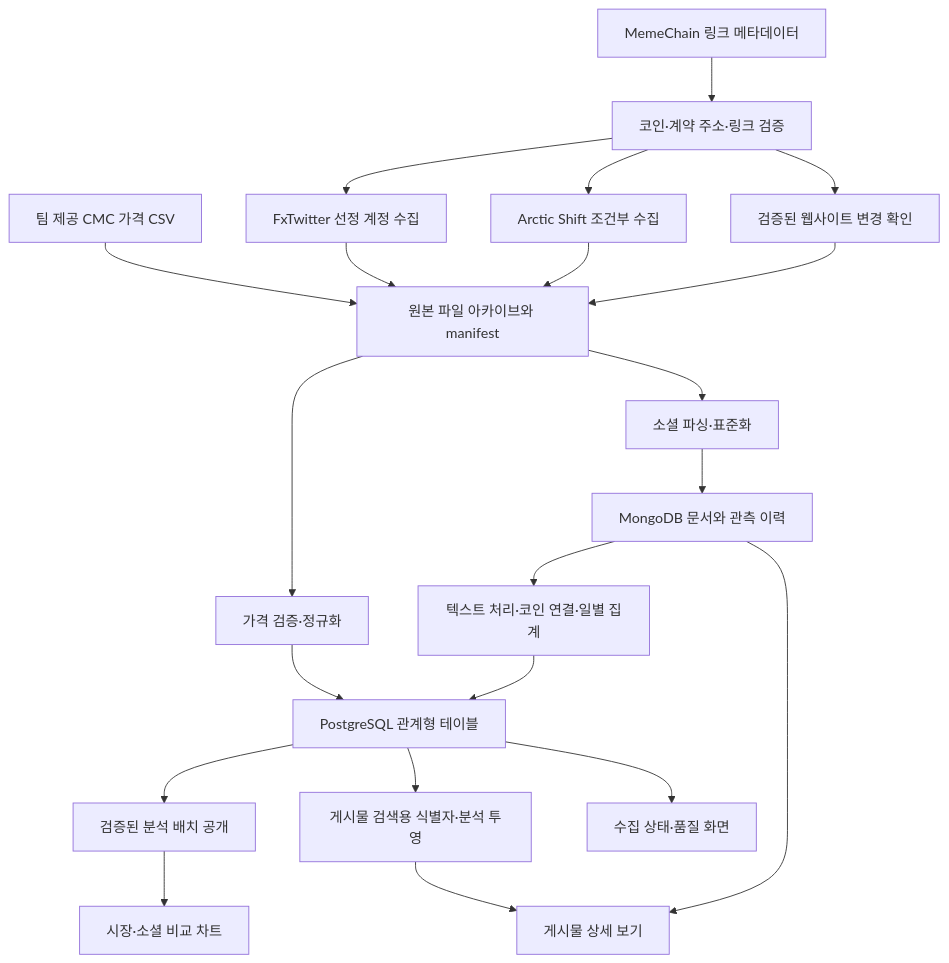
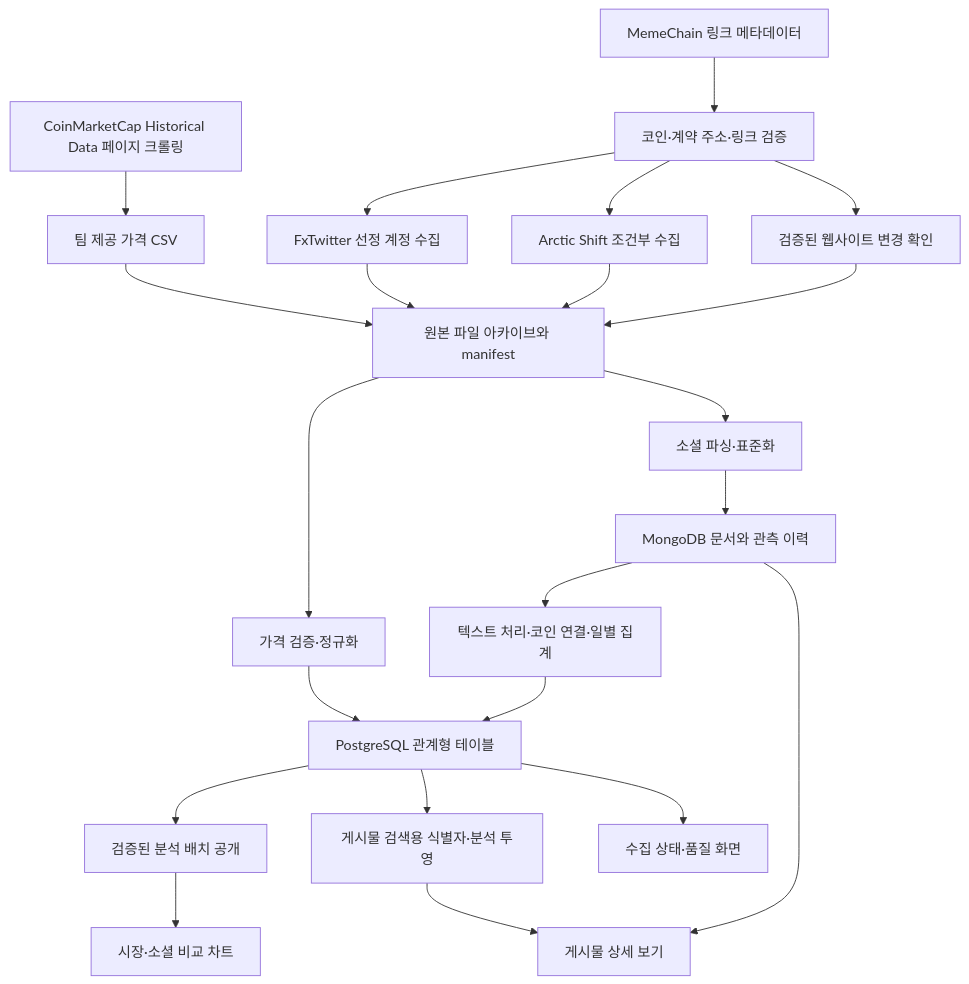
One commit to Basten1209/idsc501 changed the diagram in architecture/system-design.md. Above: the diagram before and after it, drawn with Mermaid. The commit also changed other lines of this file and 4 other files, not shown here.

Commit message:
docs: clarify CMC historical-page crawling provenance

````diff
--- a/architecture/system-design.md
+++ b/architecture/system-design.md
@@ -22,23 +22,24 @@
 ```mermaid
 flowchart TD
-    P[팀 제공 CMC 가격 CSV] --> R[원본 파일 아카이브와 manifest]
+    CMC[CoinMarketCap Historical Data 페이지 크롤링] --> P[팀 제공 가격 CSV]
+    P --> R[원본 파일 아카이브와 manifest]
     Z[MemeChain 링크 메타데이터] --> G[코인·계약 주소·링크 검증]
     G --> X[FxTwitter 선정 계정 수집]
     G --> A[Arctic Shift 조건부 수집]
     G --> W[검증된 웹사이트 변경 확인]
     X --> R
     A --> R
     W --> R
     R --> N[소셜 파싱·표준화]
     N --> M[MongoDB 문서와 관측 이력]
     R --> V[가격 검증·정규화]
     V --> PG[PostgreSQL 관계형 테이블]
     M --> T[텍스트 처리·코인 연결·일별 집계]
     T --> PG
     PG --> B[검증된 분석 배치 공개]
     B --> C[시장·소셜 비교 차트]
     PG --> E[게시물 검색용 식별자·분석 투영]
     E --> D[게시물 상세 보기]
     M --> D
     PG --> H[수집 상태·품질 화면]
 ```
````
